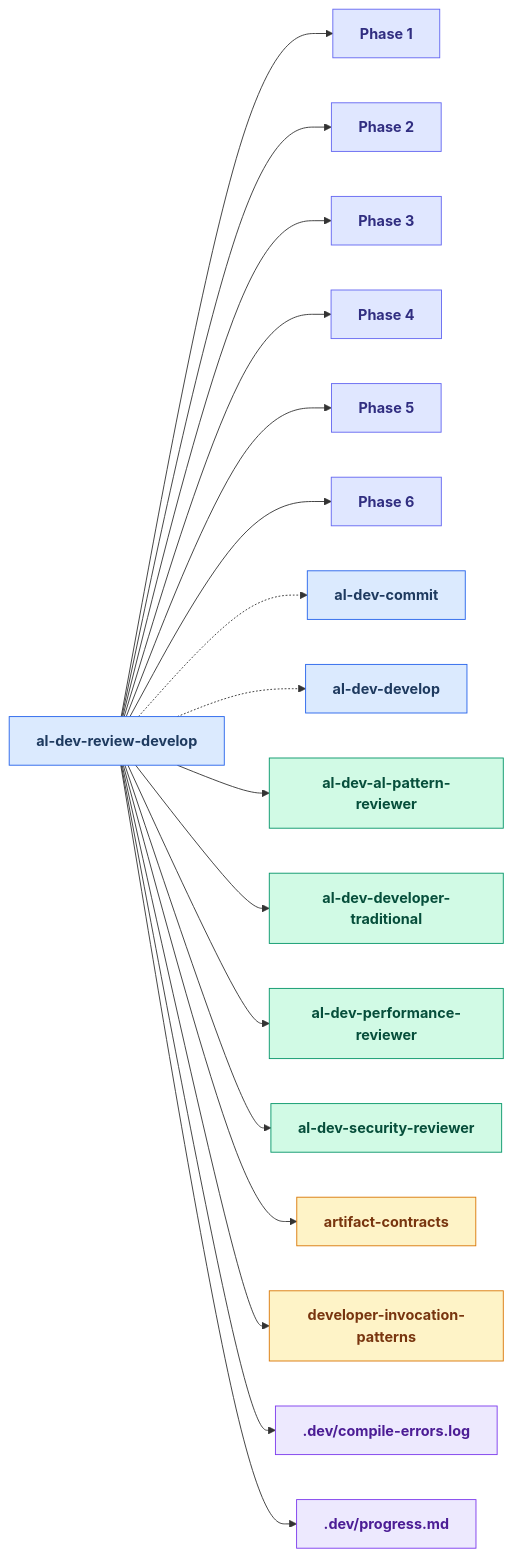
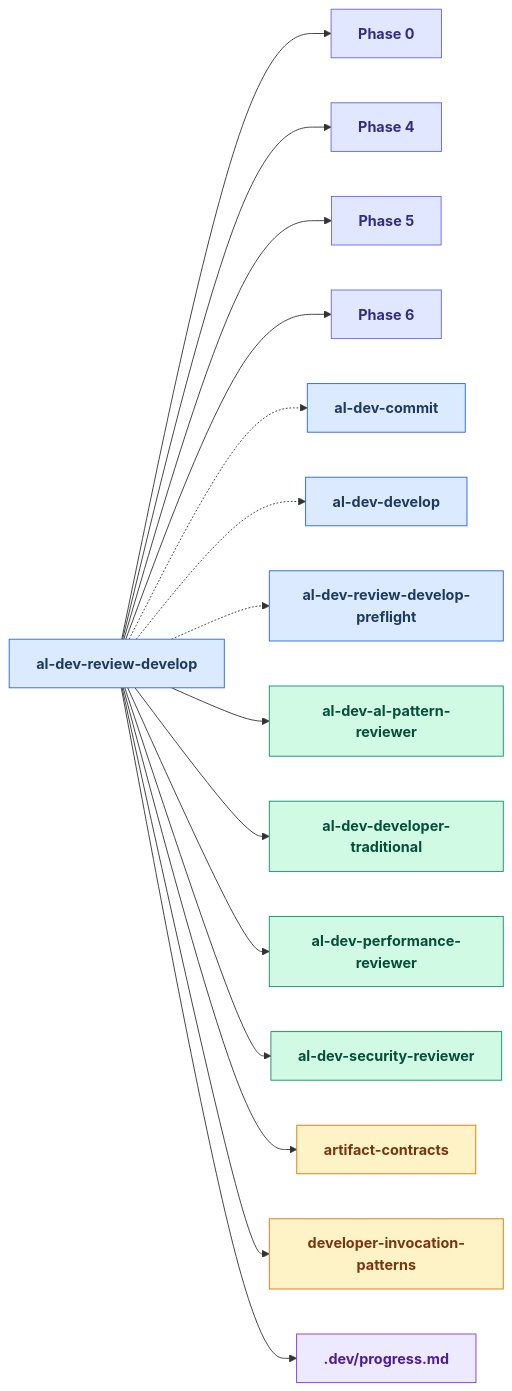
Diagram 11 of 27 in docs/al-dev-skills-map.md (russell-laing/al-dev-shared), drawn with Mermaid before and after one commit. The commit also changed other lines of this file and 4 other files, not shown here.

First line of the commit message:
feat(skill): atomise al-dev-review-develop into preflight (phases 1-3) and main (phases 4-6)

````diff
--- a/docs/al-dev-skills-map.md
+++ b/docs/al-dev-skills-map.md
@@ -515,61 +559,55 @@
 ```mermaid
 flowchart LR
     classDef skillNode fill:#dbeafe,stroke:#2563eb,color:#1e3a5f,font-weight:bold
     classDef agentNode fill:#d1fae5,stroke:#059669,color:#064e3b,font-weight:bold
     classDef knowledgeNode fill:#fef3c7,stroke:#d97706,color:#78350f,font-weight:bold
     classDef artifactNode fill:#ede9fe,stroke:#7c3aed,color:#4c1d95,font-weight:bold
     classDef phaseNode fill:#e0e7ff,stroke:#6366f1,color:#312e81,font-weight:bold
 
     skill_al_dev_review_develop[al-dev-review-develop]
-    Phase1["Phase 1"]
-    Phase2["Phase 2"]
-    Phase3["Phase 3"]
+    Phase0["Phase 0"]
     Phase4["Phase 4"]
     Phase5["Phase 5"]
     Phase6["Phase 6"]
     skill_al_dev_commit[al-dev-commit]
     skill_al_dev_develop[al-dev-develop]
+    skill_al_dev_review_develop_preflight[al-dev-review-develop-preflight]
     agent_al_dev_al_pattern_reviewer[al-dev-al-pattern-reviewer]
     agent_al_dev_developer_traditional[al-dev-developer-traditional]
     agent_al_dev_performance_reviewer[al-dev-performance-reviewer]
     agent_al_dev_security_reviewer[al-dev-security-reviewer]
     knowledge_artifact_contracts_md[artifact-contracts]
     knowledge_developer_invocation_patterns_md[developer-invocation-patterns]
-    artifact_compile_errors_log[.dev/compile-errors.log]
     artifact_progress_md[.dev/progress.md]
 
-    skill_al_dev_review_develop --> Phase1
-    skill_al_dev_review_develop --> Phase2
-    skill_al_dev_review_develop --> Phase3
+    skill_al_dev_review_develop --> Phase0
     skill_al_dev_review_develop --> Phase4
     skill_al_dev_review_develop --> Phase5
     skill_al_dev_review_develop --> Phase6
     skill_al_dev_review_develop -.-> skill_al_dev_commit
     skill_al_dev_review_develop -.-> skill_al_dev_develop
+    skill_al_dev_review_develop -.-> skill_al_dev_review_develop_preflight
     skill_al_dev_review_develop --> agent_al_dev_al_pattern_reviewer
     skill_al_dev_review_develop --> agent_al_dev_developer_traditional
     skill_al_dev_review_develop --> agent_al_dev_performance_reviewer
     skill_al_dev_review_develop --> agent_al_dev_security_reviewer
     skill_al_dev_review_develop --> knowledge_artifact_contracts_md
     skill_al_dev_review_develop --> knowledge_developer_invocation_patterns_md
-    skill_al_dev_review_develop --> artifact_compile_errors_log
     skill_al_dev_review_develop --> artifact_progress_md
 
     class skill_al_dev_review_develop skillNode
-    class Phase1 phaseNode
-    class Phase2 phaseNode
-    class Phase3 phaseNode
+    class Phase0 phaseNode
     class Phase4 phaseNode
     class Phase5 phaseNode
     class Phase6 phaseNode
     class skill_al_dev_commit skillNode
     class skill_al_dev_develop skillNode
+    class skill_al_dev_review_develop_preflight skillNode
     class agent_al_dev_al_pattern_reviewer agentNode
     class agent_al_dev_developer_traditional agentNode
     class agent_al_dev_performance_reviewer agentNode
     class agent_al_dev_security_reviewer agentNode
     class knowledge_artifact_contracts_md knowledgeNode
     class knowledge_developer_invocation_patterns_md knowledgeNode
-    class artifact_compile_errors_log artifactNode
     class artifact_progress_md artifactNode
 ```
````
